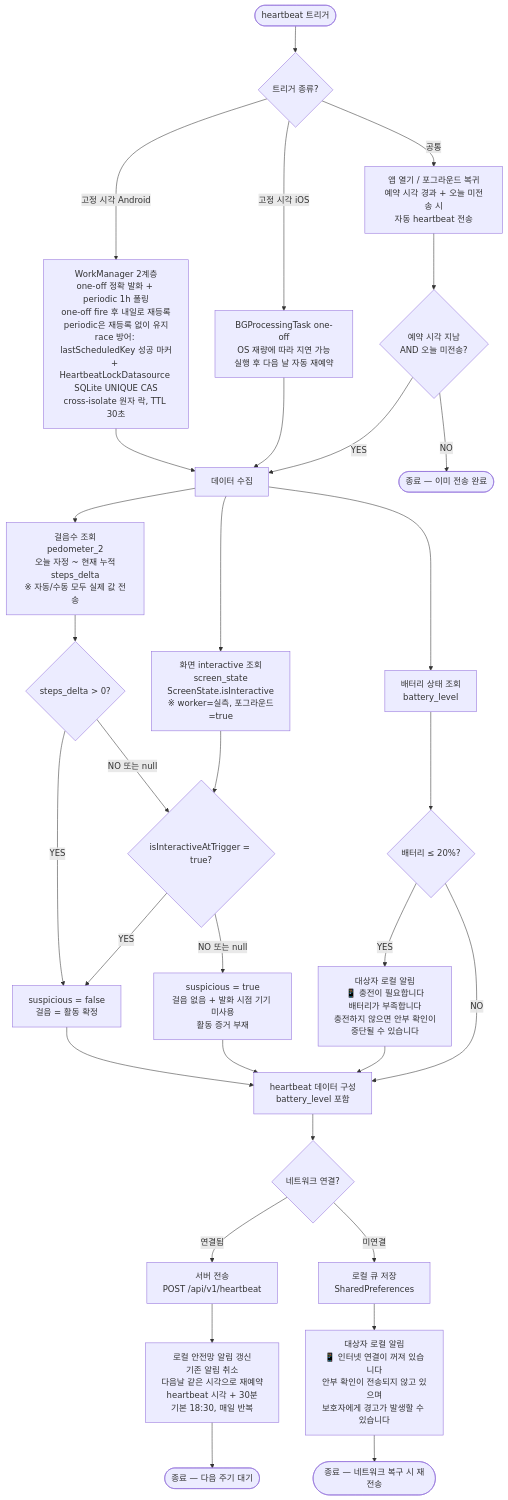
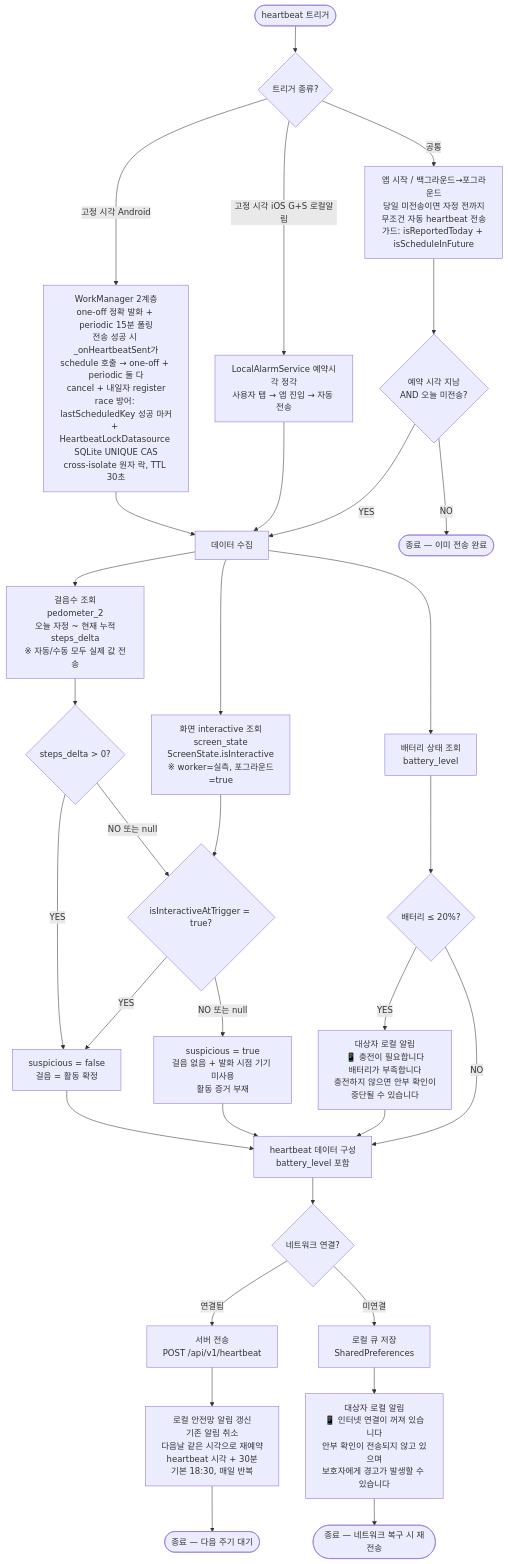
One commit to l10s18bok/kr.co.anbucheck changed the first of 8 diagrams in .claude/rules/heartbeat_flowchart.md. Above: the diagram before and after it, drawn with Mermaid. The commit also changed other lines of this file and 7 other files, not shown here.

````diff
--- a/.claude/rules/heartbeat_flowchart.md
+++ b/.claude/rules/heartbeat_flowchart.md
@@ -26,52 +26,52 @@
 ```mermaid
 flowchart TD
     Start([heartbeat 트리거])
     Start --> Trigger
 
     Trigger{트리거 종류?}
-    Trigger -->|고정 시각 Android| WM[WorkManager 2계층<br/>one-off 정확 발화 + periodic 1h 폴링<br/>one-off fire 후 내일로 재등록<br/>periodic은 재등록 없이 유지<br/>race 방어: lastScheduledKey 성공 마커<br/>+ HeartbeatLockDatasource SQLite UNIQUE CAS<br/>cross-isolate 원자 락, TTL 30초]
-    Trigger -->|고정 시각 iOS| BG[BGProcessingTask one-off<br/>OS 재량에 따라 지연 가능<br/>실행 후 다음 날 자동 재예약]
-    Trigger -->|공통| FG[앱 열기 / 포그라운드 복귀<br/>예약 시각 경과 + 오늘 미전송 시<br/>자동 heartbeat 전송]
+    Trigger -->|고정 시각 Android| WM[WorkManager 2계층<br/>one-off 정확 발화 + periodic 15분 폴링<br/>전송 성공 시 _onHeartbeatSent가<br/>schedule 호출 → one-off + periodic 둘 다<br/>cancel + 내일자 register<br/>race 방어: lastScheduledKey 성공 마커<br/>+ HeartbeatLockDatasource SQLite UNIQUE CAS<br/>cross-isolate 원자 락, TTL 30초]
+    Trigger -->|고정 시각 iOS G+S 로컬알림| BG[LocalAlarmService 예약시각 정각<br/>사용자 탭 → 앱 진입 → 자동 전송]
+    Trigger -->|공통| FG[앱 시작 / 백그라운드→포그라운드<br/>당일 미전송이면 자정 전까지<br/>무조건 자동 heartbeat 전송<br/>가드: isReportedToday + isScheduleInFuture]
 
     WM --> Collect
     BG --> Collect
     FG --> FGCheck{예약 시각 지남<br/>AND 오늘 미전송?}
     FGCheck -->|YES| Collect
     FGCheck -->|NO| End0([종료 — 이미 전송 완료])
 
     Collect[데이터 수집]
     Collect --> Steps[걸음수 조회<br/>pedometer_2<br/>오늘 자정 ~ 현재 누적<br/>steps_delta<br/>※ 자동/수동 모두 실제 값 전송]
     Collect --> ScreenCheck[화면 interactive 조회<br/>screen_state<br/>ScreenState.isInteractive<br/>※ worker=실측, 포그라운드=true]
     Collect --> Battery[배터리 상태 조회<br/>battery_level]
 
     Steps --> StepsCheck{steps_delta > 0?}
     StepsCheck -->|YES| Normal[suspicious = false<br/>걸음 = 활동 확정]
     StepsCheck -->|NO 또는 null| ScreenCheck2{isInteractiveAtTrigger = true?}
     ScreenCheck --> ScreenCheck2
     ScreenCheck2 -->|YES| Normal
     ScreenCheck2 -->|NO 또는 null| Suspicious[suspicious = true<br/>걸음 없음 + 발화 시점 기기 미사용<br/>활동 증거 부재]
 
     Battery --> BattCheck{배터리 ≤ 20%?}
     BattCheck -->|YES| SubjectNoti[대상자 로컬 알림<br/>📱 충전이 필요합니다<br/>배터리가 부족합니다<br/>충전하지 않으면 안부 확인이<br/>중단될 수 있습니다]
     BattCheck -->|NO| Build
 
     SubjectNoti --> Build
 
     Suspicious --> Build
     Normal --> Build
 
     Build[heartbeat 데이터 구성<br/>battery_level 포함]
 
     Build --> Network{네트워크 연결?}
 
     Network -->|연결됨| Send[서버 전송<br/>POST /api/v1/heartbeat]
     Network -->|미연결| Queue[로컬 큐 저장<br/>SharedPreferences]
 
     Queue --> LocalNoti1[대상자 로컬 알림<br/>📱 인터넷 연결이 꺼져 있습니다<br/>안부 확인이 전송되지 않고 있으며<br/>보호자에게 경고가 발생할 수 있습니다]
 
     Send --> AlarmReset[로컬 안전망 알림 갱신<br/>기존 알림 취소<br/>다음날 같은 시각으로 재예약<br/>heartbeat 시각 + 30분<br/>기본 18:30, 매일 반복]
 
     AlarmReset --> End1([종료 — 다음 주기 대기])
 
     LocalNoti1 --> End2([종료 — 네트워크 복구 시 재전송])
 ```
````
